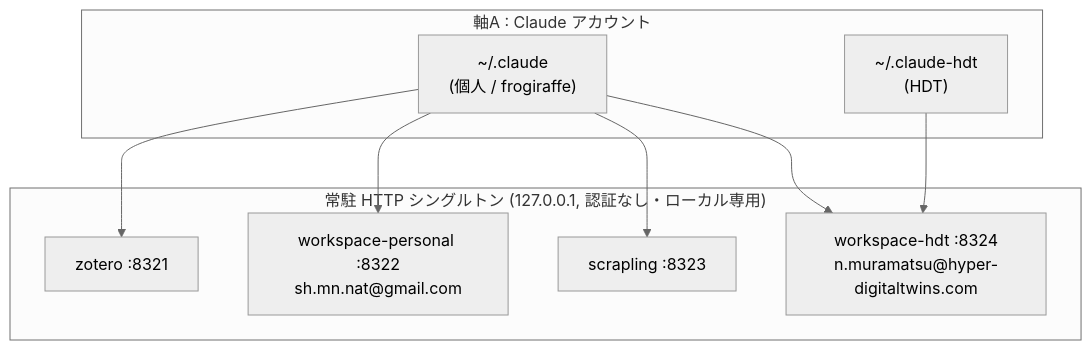
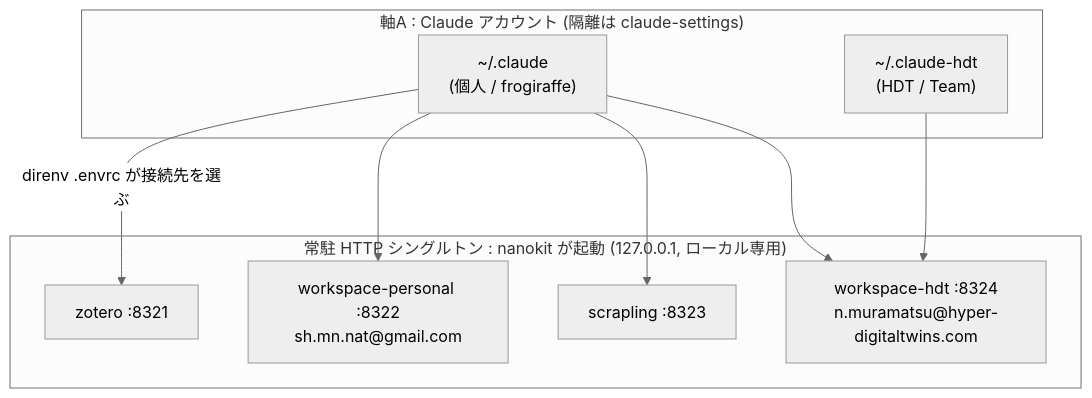
The second of 2 diagrams in claude/ARCHITECTURE.md (DenDen047/nanokit), drawn with Mermaid (neutral theme) before and after one commit. The commit also changed other lines of this file and 1 other file, not shown here.

First line of the commit message:
docs(claude): clarify nanokit ⇔ claude-settings division of labor

````diff
--- a/claude/ARCHITECTURE.md
+++ b/claude/ARCHITECTURE.md
@@ -104,20 +116,20 @@
 ```mermaid
 flowchart TB
-    subgraph axisA["軸A : Claude アカウント"]
+    subgraph axisA["軸A : Claude アカウント (隔離は claude-settings)"]
         personal["~/.claude<br/>(個人 / frogiraffe)"]
-        hdt["~/.claude-hdt<br/>(HDT)"]
+        hdt["~/.claude-hdt<br/>(HDT / Team)"]
     end
 
-    subgraph resident["常駐 HTTP シングルトン (127.0.0.1, 認証なし・ローカル専用)"]
+    subgraph resident["常駐 HTTP シングルトン : nanokit が起動 (127.0.0.1, ローカル専用)"]
         z["zotero :8321"]
         wp["workspace-personal :8322<br/>sh.mn.nat@gmail.com"]
         sc["scrapling :8323"]
         wh["workspace-hdt :8324<br/>n.muramatsu@hyper-digitaltwins.com"]
     end
 
-    personal --> z
+    personal -->|"direnv .envrc が接続先を選ぶ"| z
     personal --> wp
     personal --> sc
     personal --> wh
     hdt --> wh
 ```
````
